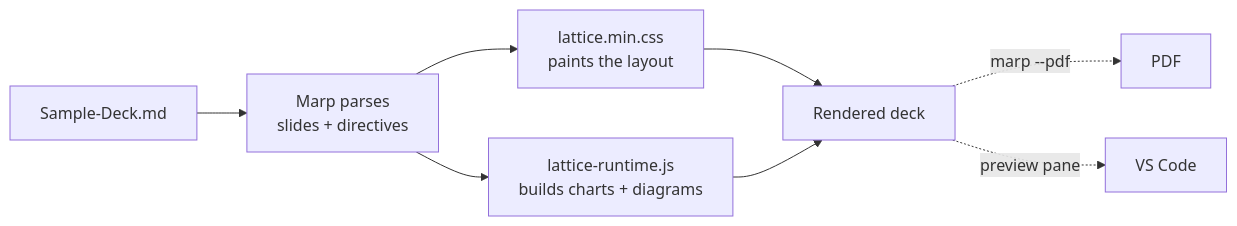
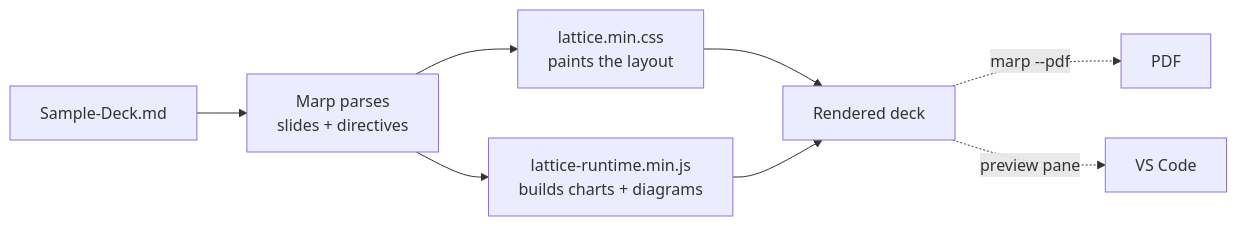
Before and after one commit to Laticent/lattice: the diagram in dist/marp-kit/Sample-Deck.md, drawn with Mermaid. The commit also changed 3 other files, not shown here.

````diff
--- a/dist/marp-kit/Sample-Deck.md
+++ b/dist/marp-kit/Sample-Deck.md
@@ -114,10 +114,10 @@
 ```mermaid
 flowchart LR
   A["Sample-Deck.md"] --> B["Marp parses<br/>slides + directives"]
   B --> C["lattice.min.css<br/>paints the layout"]
-  B --> D["lattice-runtime.js<br/>builds charts + diagrams"]
+  B --> D["lattice-runtime.min.js<br/>builds charts + diagrams"]
   C --> E["Rendered deck"]
   D --> E
   E -.->|"marp --pdf"| F["PDF"]
   E -.->|"preview pane"| G["VS Code"]
 ```
````
